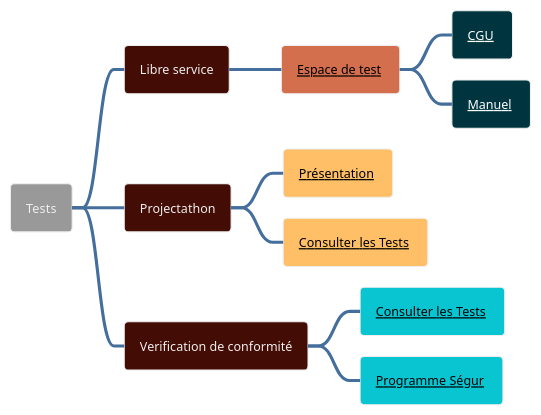
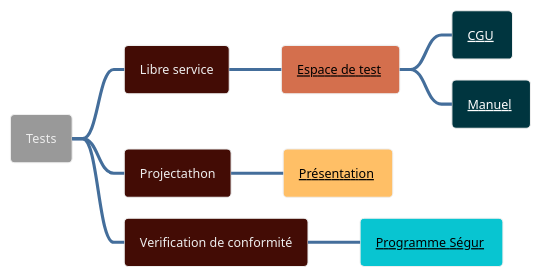
Before and after one commit to ansforge/interop-ig-hl7v2-teleradiologie: the diagram in input/images-source/tests.plantuml, drawn with PlantUML. The commit also changed 1 other file, not shown here.

```diff
--- a/input/images-source/tests.plantuml
+++ b/input/images-source/tests.plantuml
@@ -1,27 +1,25 @@
 @startmindmap
 <style>
 .black {
   HyperlinkColor #000000
 }
 .white {
   HyperlinkColor #FFFFFF
 }
 </style>
 
 
 !theme spacelab
 * Tests
 
 **[#430C05] Libre service
 ***[#D46F4D] <color:blue>[[https://interop.esante.gouv.fr/ Espace de test]]</color> <<black>>
 ****[#00353F] [[https://esante.gouv.fr/sites/default/files/media_entity/documents/CGU_espace_de_tests_v1.1.pdf CGU]] <<white>>
 ****[#00353F] [[https://industriels.esante.gouv.fr/sites/default/files/media/document/manuel_gazelle_evs%20V0.3_1.pdf Manuel]] <<white>>
 
 **[#430C05] Projectathon
 ***[#FFBF66] [[https://industriels.esante.gouv.fr/produits-et-services/ci-sis-cadre-d-interoperabilite-des-systemes-d-information-de-sante/projectathon-interoperabilite Présentation]] <<black>>
-***[#FFBF66] [[https://interop.esante.gouv.fr/gazelle/testing/testsDefinition/testsList.seam?testType=2&testStatus=1&integrationProfile=294 Consulter les Tests]] <<black>>
 
 **[#430C05] Verification de conformité
-***[#08C5D1] [[https://interop.esante.gouv.fr/gazelle/testing/testsDefinition/testsList.seam?testType=6&testStatus=1&integrationProfile=294 Consulter les Tests]] <<black>>
 ***[#08C5D1] [[https://industriels.esante.gouv.fr/segur-du-numerique-en-sante/toutes-les-ressources-du-segur Programme Ségur]] <<black>>
 @endmindmap 
```
